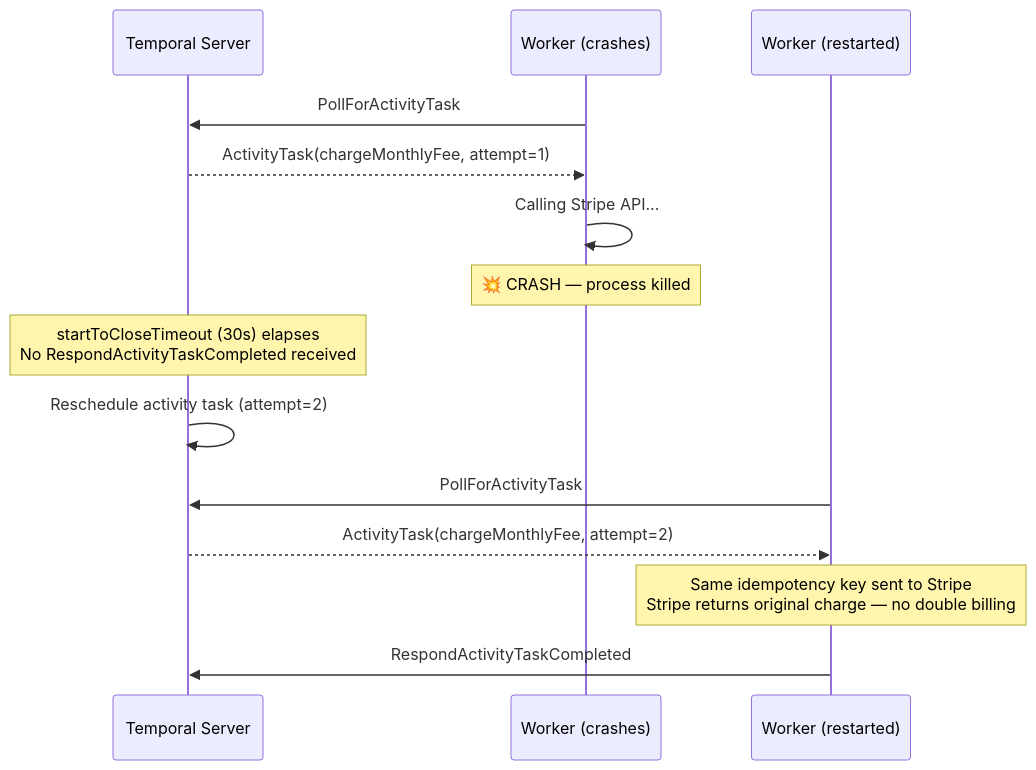
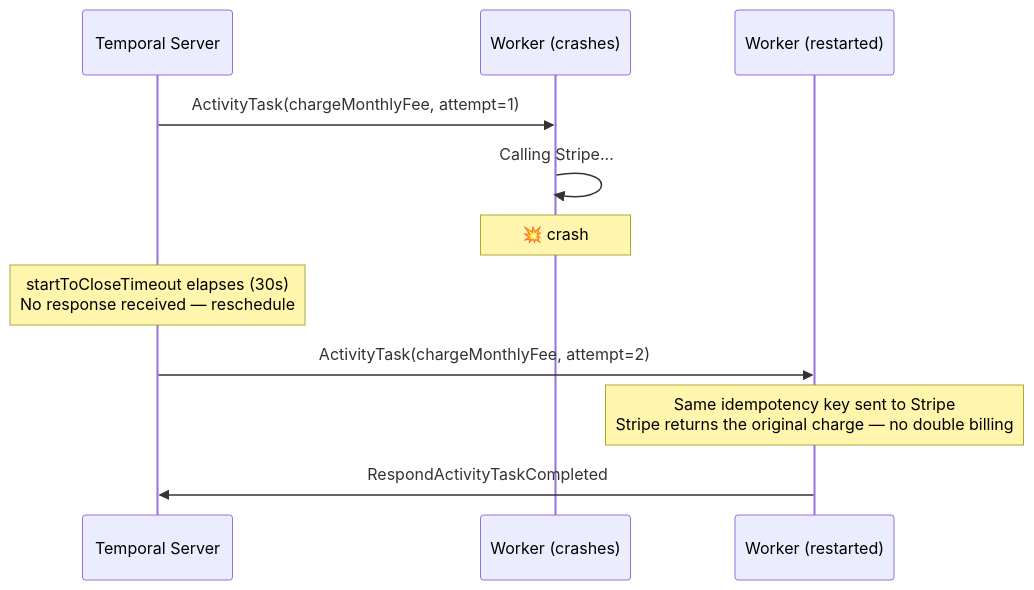
The second of 7 diagrams in docs/architecture.md (HackerM0nk/temporal-from-scratch), drawn with Mermaid before and after one commit. The commit also changed other lines of this file and 1 other file, not shown here.

First line of the commit message:
Rewrite README and architecture docs

````diff
--- a/docs/architecture.md
+++ b/docs/architecture.md
@@ -88,20 +67,16 @@
 ```mermaid
 sequenceDiagram
     participant Server as Temporal Server
     participant W1 as Worker (crashes)
     participant W2 as Worker (restarted)
 
-    W1->>Server: PollForActivityTask
-    Server-->>W1: ActivityTask(chargeMonthlyFee, attempt=1)
-    W1->>W1: Calling Stripe API...
-    Note over W1: 💥 CRASH — process killed
+    Server->>W1: ActivityTask(chargeMonthlyFee, attempt=1)
+    W1->>W1: Calling Stripe...
+    Note over W1: 💥 crash
 
-    Note over Server: startToCloseTimeout (30s) elapses<br/>No RespondActivityTaskCompleted received
+    Note over Server: startToCloseTimeout elapses (30s)<br/>No response received — reschedule
 
-    Server->>Server: Reschedule activity task (attempt=2)
-
-    W2->>Server: PollForActivityTask
-    Server-->>W2: ActivityTask(chargeMonthlyFee, attempt=2)
-    Note over W2: Same idempotency key sent to Stripe<br/>Stripe returns original charge — no double billing
+    Server->>W2: ActivityTask(chargeMonthlyFee, attempt=2)
+    Note over W2: Same idempotency key sent to Stripe<br/>Stripe returns the original charge — no double billing
     W2->>Server: RespondActivityTaskCompleted
 ```
````
